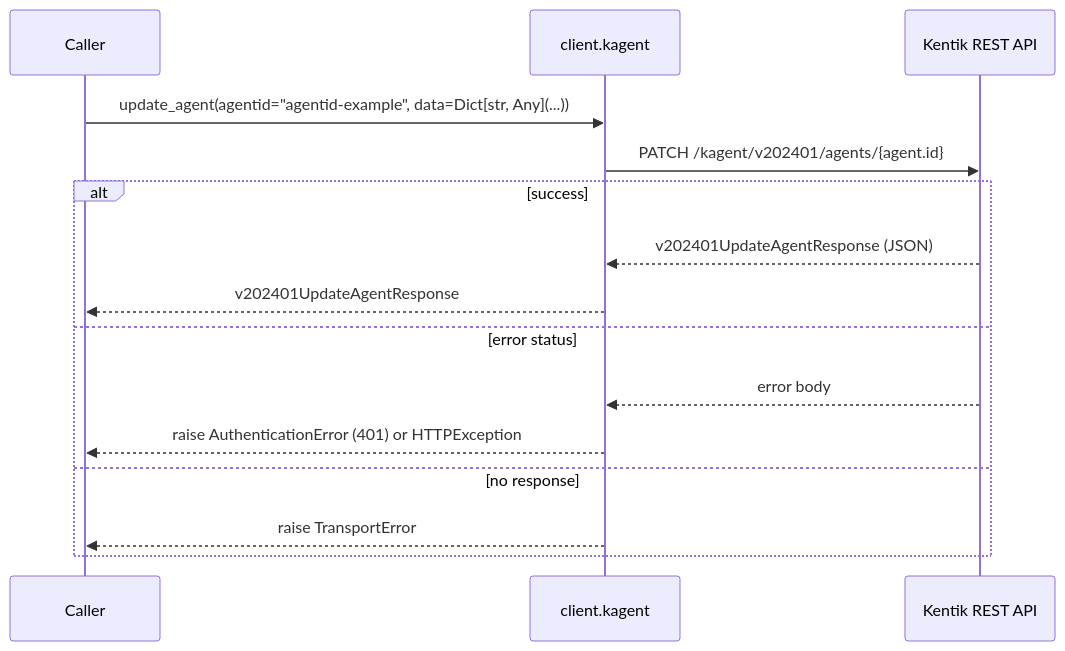
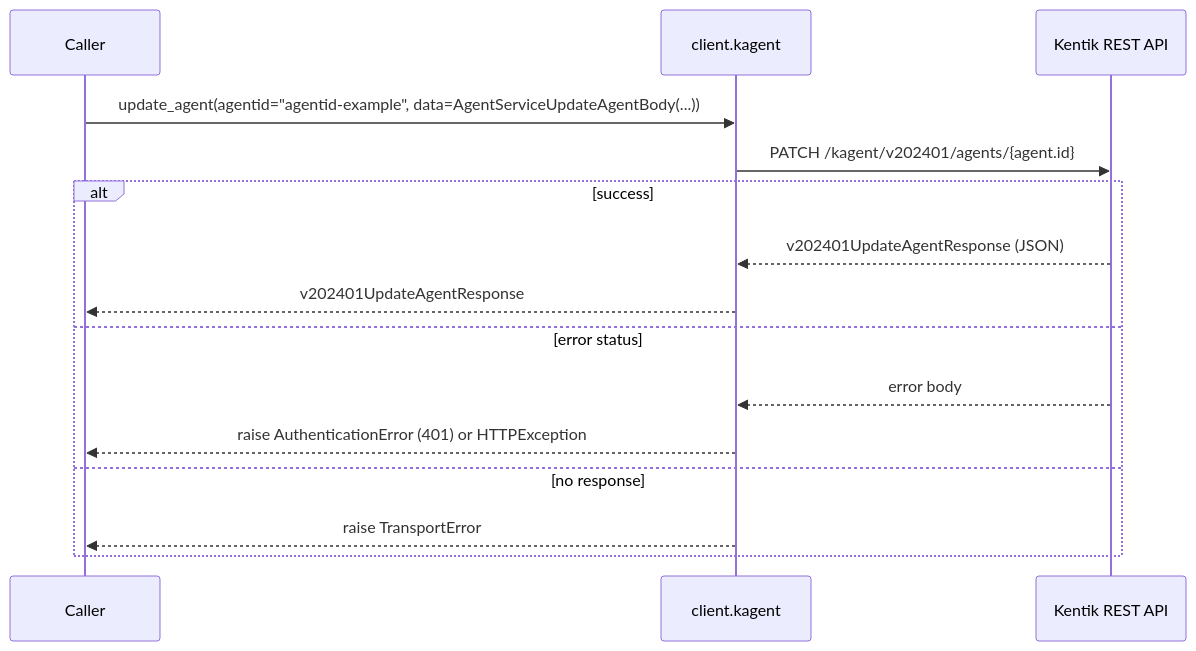
One commit to alexdearaujo/community_sdk_python changed diagram 12 of 58 in docs/sphinx/services/kagent.md. Above: the diagram before and after it, drawn with Mermaid. The commit also changed other lines of this file and 85 other files, not shown here.

````diff
--- a/docs/sphinx/services/kagent.md
+++ b/docs/sphinx/services/kagent.md
@@ -422,18 +422,18 @@
 ```mermaid
 sequenceDiagram
     participant C as Caller
     participant W as client.kagent
     participant API as Kentik REST API
 
-    C->>W: update_agent(agentid="agentid-example", data=Dict[str, Any](...))
+    C->>W: update_agent(agentid="agentid-example", data=AgentServiceUpdateAgentBody(...))
     W->>API: PATCH /kagent/v202401/agents/{agent.id}
     alt success
         API-->>W: v202401UpdateAgentResponse (JSON)
         W-->>C: v202401UpdateAgentResponse
     else error status
         API-->>W: error body
         W-->>C: raise AuthenticationError (401) or HTTPException
     else no response
         W-->>C: raise TransportError
     end
 ```
````
